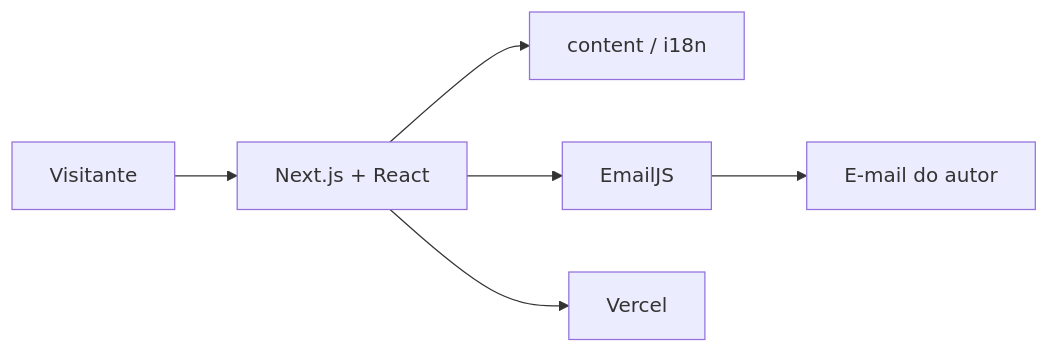
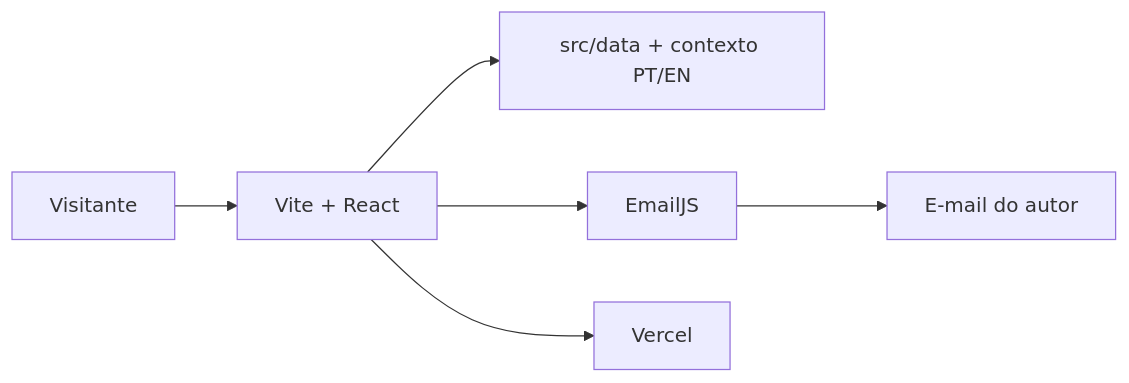
One commit to Tuzfi/Portfolio changed the diagram in README.md. Above: the diagram before and after it, drawn with Mermaid. The commit also changed other lines of this file and 27 other files, not shown here.

````diff
--- a/README.md
+++ b/README.md
@@ -155,8 +153,8 @@
 ```mermaid
 flowchart LR
-  Visitante --> NextApp["Next.js + React"]
-  NextApp --> Conteudo["content / i18n"]
-  NextApp --> EmailJS["EmailJS"]
+  Visitante --> App["Vite + React"]
+  App --> Dados["src/data + contexto PT/EN"]
+  App --> EmailJS["EmailJS"]
   EmailJS --> Caixa["E-mail do autor"]
-  NextApp --> Vercel["Vercel"]
+  App --> Vercel["Vercel"]
 ```
````
